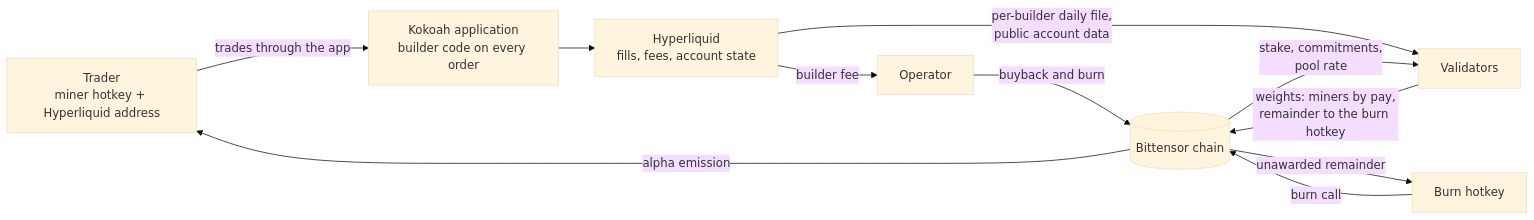
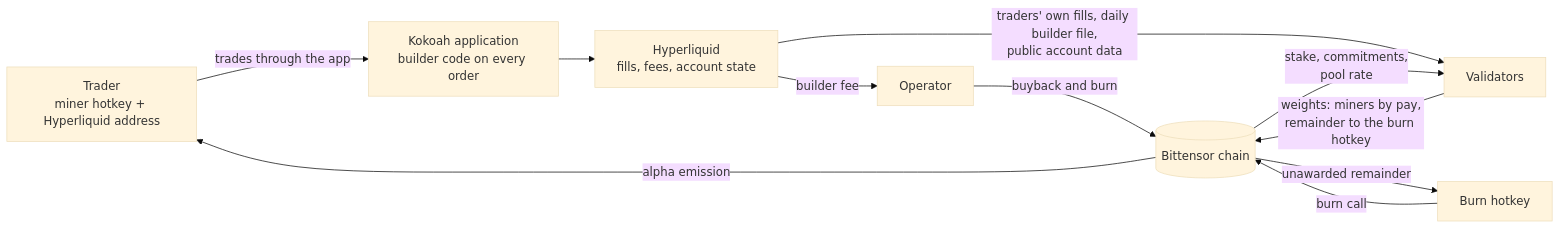
The first of 2 diagrams in docs/whitepaper.md (kokoahdotcom/kokoah-subnet), drawn with Mermaid (base theme) before and after one commit. The commit also changed other lines of this file and 4 other files, not shown here.

Commit message:
docs: data plane from the traders' own histories (spec v5.10, whitepaper 1.3)

````diff
--- a/docs/whitepaper.md
+++ b/docs/whitepaper.md
@@ -78,12 +80,12 @@
 ```mermaid
 flowchart LR
   T[Trader<br/>miner hotkey + Hyperliquid address] -->|trades through the app| K[Kokoah application<br/>builder code on every order]
   K --> H[Hyperliquid<br/>fills, fees, account state]
   H -->|builder fee| O[Operator]
   O -->|buyback and burn| C[(Bittensor chain)]
-  H -->|per-builder daily file,<br/>public account data| V[Validators]
+  H -->|traders' own fills, daily builder file,<br/>public account data| V[Validators]
   C -->|stake, commitments,<br/>pool rate| V
   V -->|weights: miners by pay,<br/>remainder to the burn hotkey| C
   C -->|alpha emission| T
   C -->|unawarded remainder| B[Burn hotkey] -->|burn call| C
 ```
````
